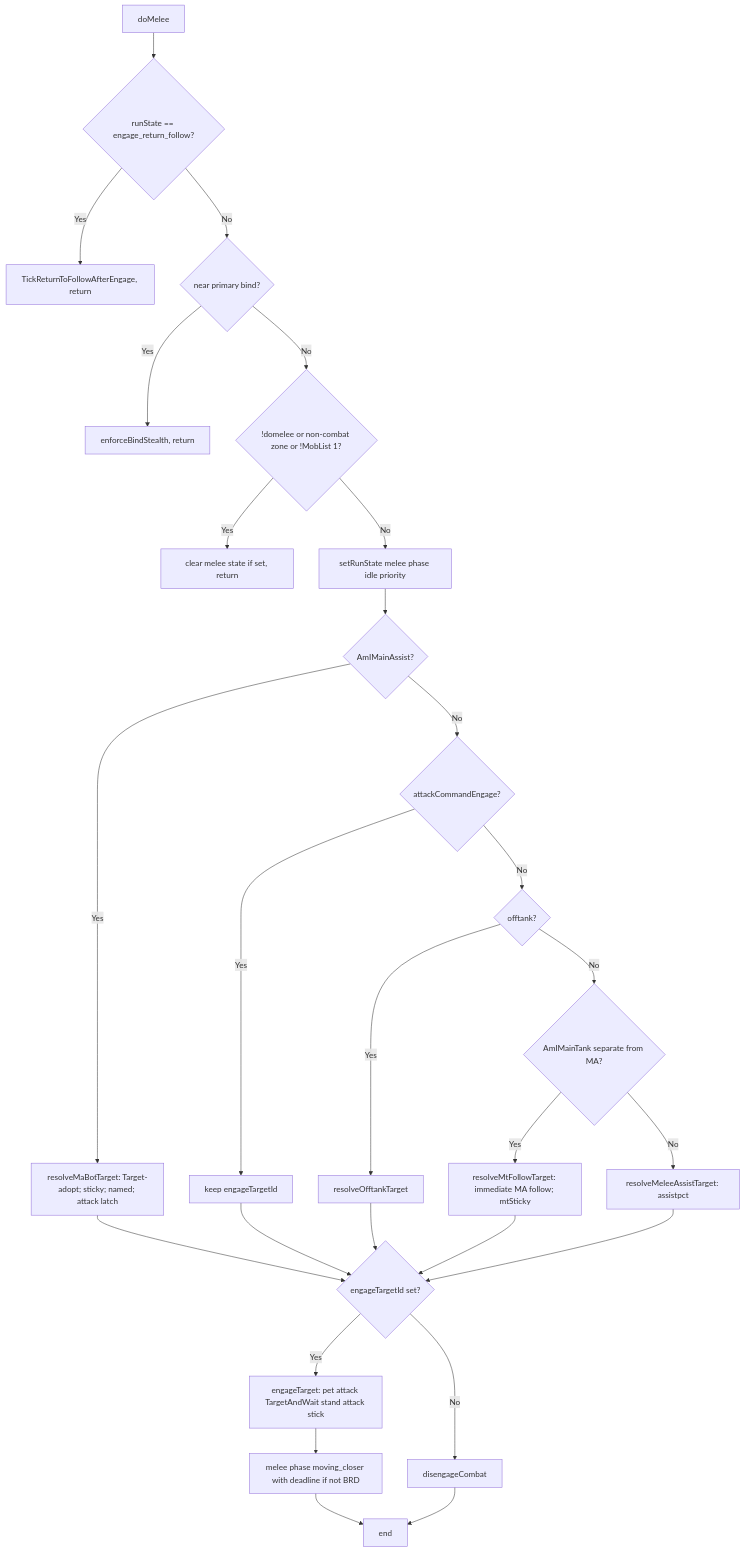
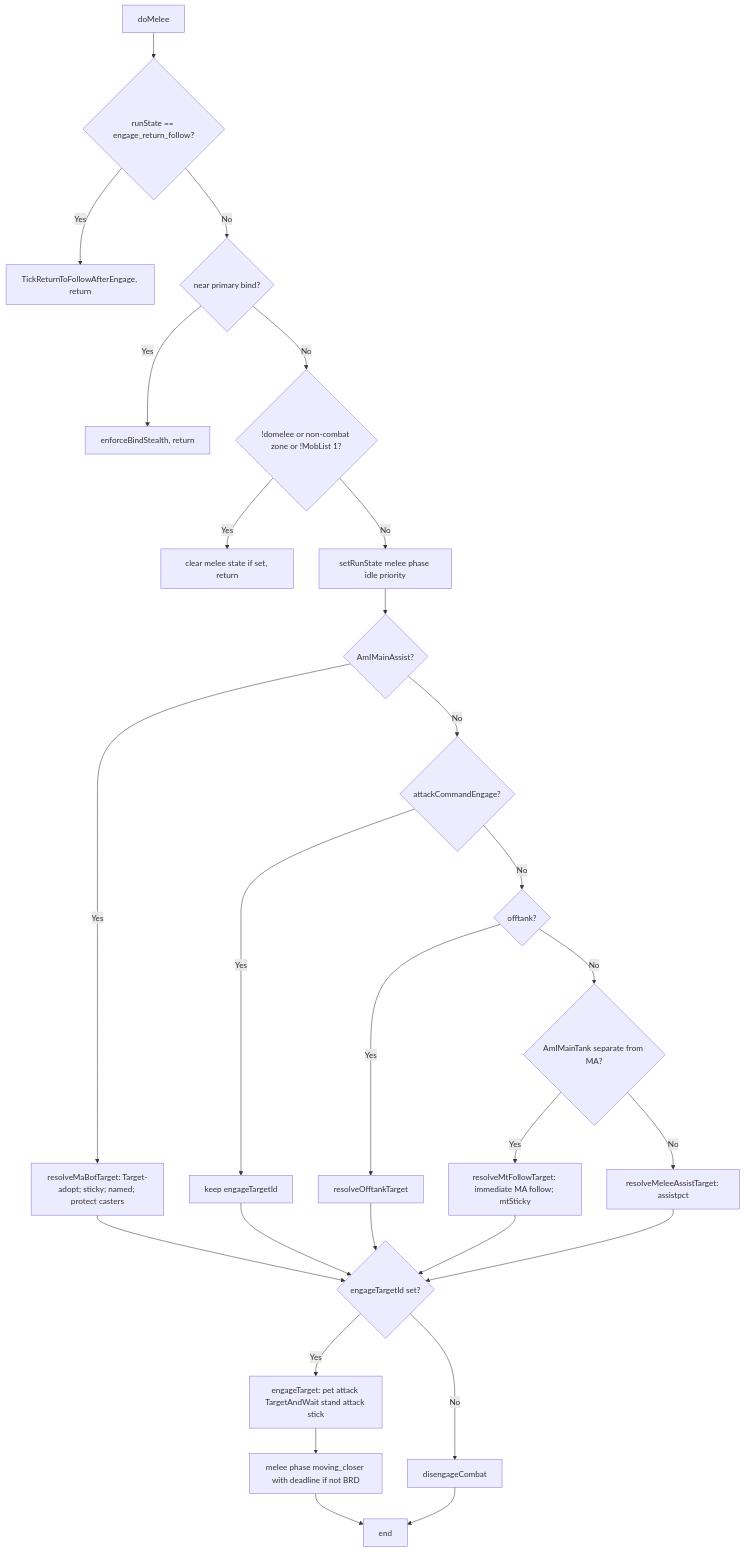
One commit to Cezero/czbot changed the diagram in docs/botlogic/hook-domelee.md. Above: the diagram before and after it, drawn with Mermaid. The commit also changed other lines of this file and 12 other files, not shown here.

Commit message:
remove AE-Tank, replace with "protect casters"

````diff
--- a/docs/botlogic/hook-domelee.md
+++ b/docs/botlogic/hook-domelee.md
@@ -12,30 +12,30 @@
 ```mermaid
 flowchart TB
     Start[doMelee] --> EngageReturn{runState == engage_return_follow?}
     EngageReturn -->|Yes| TickReturn[TickReturnToFollowAfterEngage, return]
     EngageReturn -->|No| Bind{near primary bind?}
     Bind -->|Yes| ClearBind[enforceBindStealth, return]
     Bind -->|No| Guards{!domelee or non-combat zone or !MobList 1?}
     Guards -->|Yes| ClearMelee[clear melee state if set, return]
     Guards -->|No| SetMelee[setRunState melee phase idle priority]
     SetMelee --> MA{AmIMainAssist?}
-    MA -->|Yes| MATarget[resolveMaBotTarget: Target-adopt; sticky; named; attack latch]
+    MA -->|Yes| MATarget[resolveMaBotTarget: Target-adopt; sticky; named; protect casters]
     MA -->|No| AttackLock{attackCommandEngage?}
     AttackLock -->|Yes| KeepEngage[keep engageTargetId]
     AttackLock -->|No| OT{offtank?}
     OT -->|Yes| OTResolve[resolveOfftankTarget]
     OT -->|No| MT{AmIMainTank separate from MA?}
     MT -->|Yes| MTFollow[resolveMtFollowTarget: immediate MA follow; mtSticky]
     MT -->|No| DPS[resolveMeleeAssistTarget: assistpct]
     KeepEngage --> HasTarget
     MATarget --> HasTarget
     OTResolve --> HasTarget
     MTFollow --> HasTarget
     DPS --> HasTarget
     HasTarget{engageTargetId set?}
     HasTarget -->|Yes| Engage[engageTarget: pet attack TargetAndWait stand attack stick]
     HasTarget -->|No| Disengage[disengageCombat]
     Engage --> MeleePhase[melee phase moving_closer with deadline if not BRD]
     Disengage --> End[end]
     MeleePhase --> End
 ```
````
